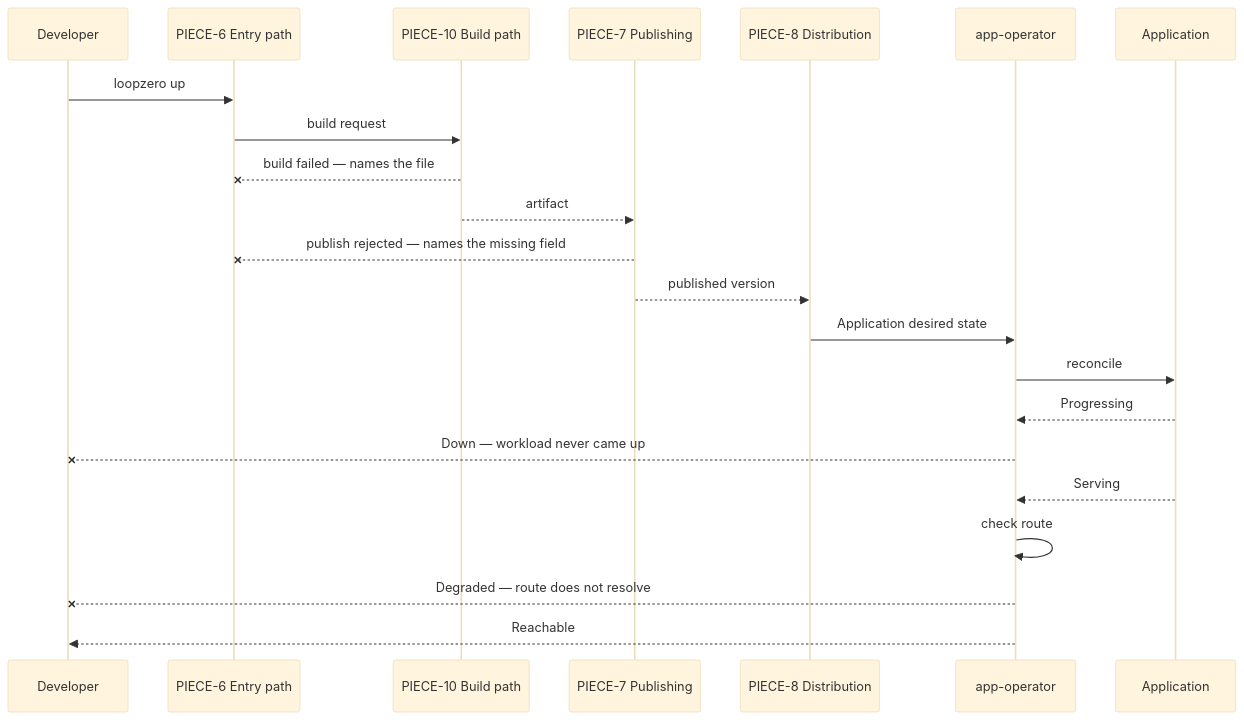
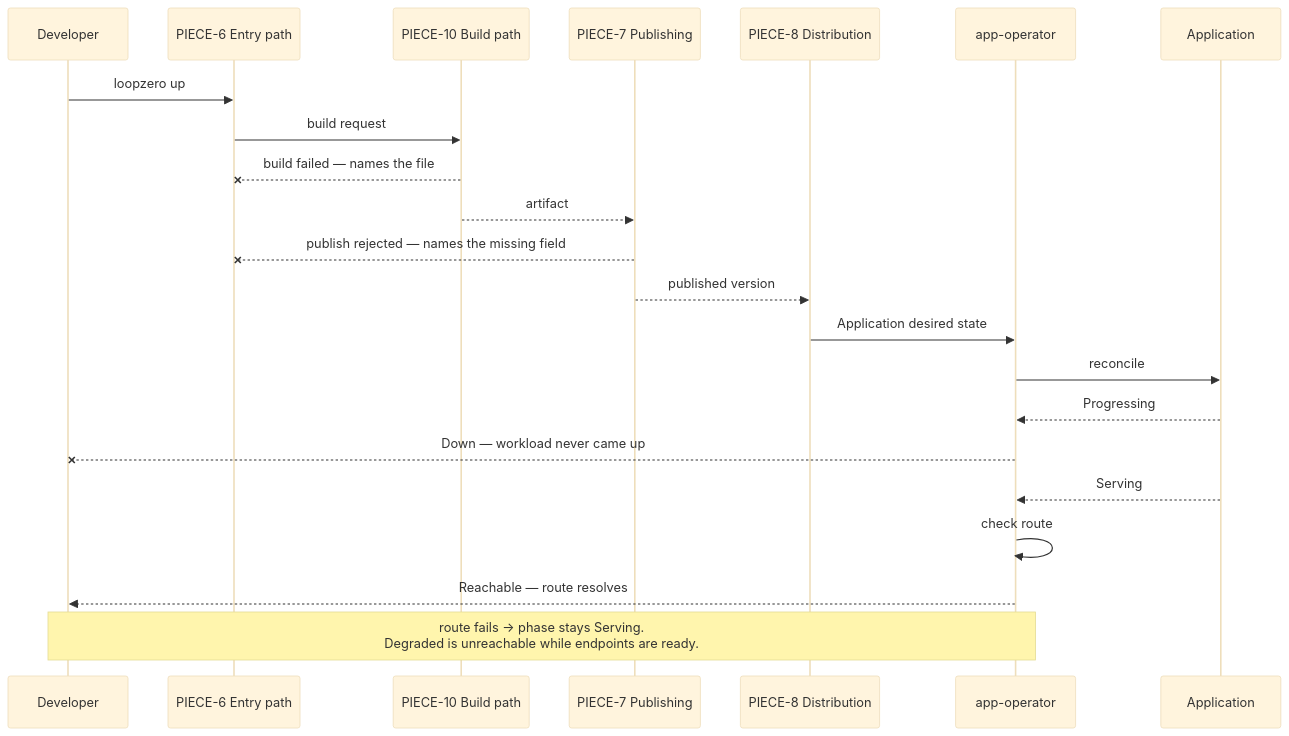
The diagram in .squad/wiki/design/sequence.md (getloopscale/loop-runtime), drawn with Mermaid (base theme) before and after one commit. The commit also changed other lines of this file and 3 other files, not shown here.

````diff
--- a/.squad/wiki/design/sequence.md
+++ b/.squad/wiki/design/sequence.md
@@ -14,25 +14,25 @@
 ```mermaid
 sequenceDiagram
     participant Dev as Developer
     participant Entry as PIECE-6 Entry path
     participant Build as PIECE-10 Build path
     participant Pub as PIECE-7 Publishing
     participant Dist as PIECE-8 Distribution
     participant Op as app-operator
     participant App as Application
 
     Dev->>Entry: loopzero up
     Entry->>Build: build request
     Build--xEntry: build failed — names the file
     Build-->>Pub: artifact
     Pub--xEntry: publish rejected — names the missing field
     Pub-->>Dist: published version
     Dist->>Op: Application desired state
     Op->>App: reconcile
     App-->>Op: Progressing
     Op--xDev: Down — workload never came up
     App-->>Op: Serving
     Op->>Op: check route
-    Op--xDev: Degraded — route does not resolve
-    Op-->>Dev: Reachable
+    Op-->>Dev: Reachable — route resolves
+    Note over Op,Dev: route fails -> phase stays Serving.<br/>Degraded is unreachable while endpoints are ready.
 ```
````
